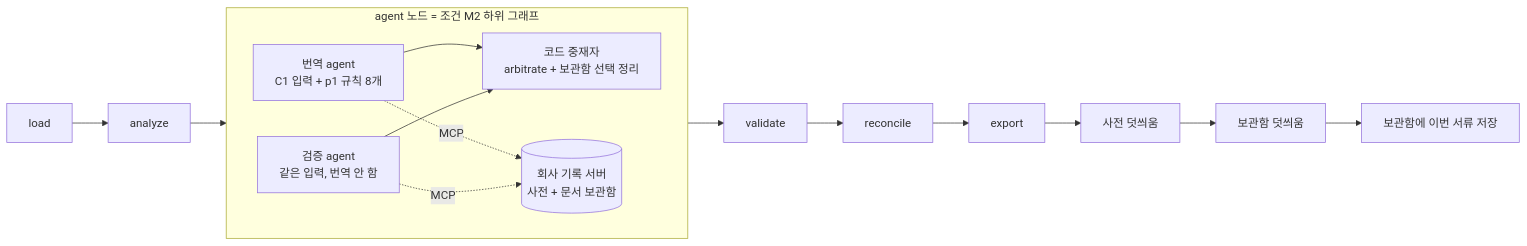
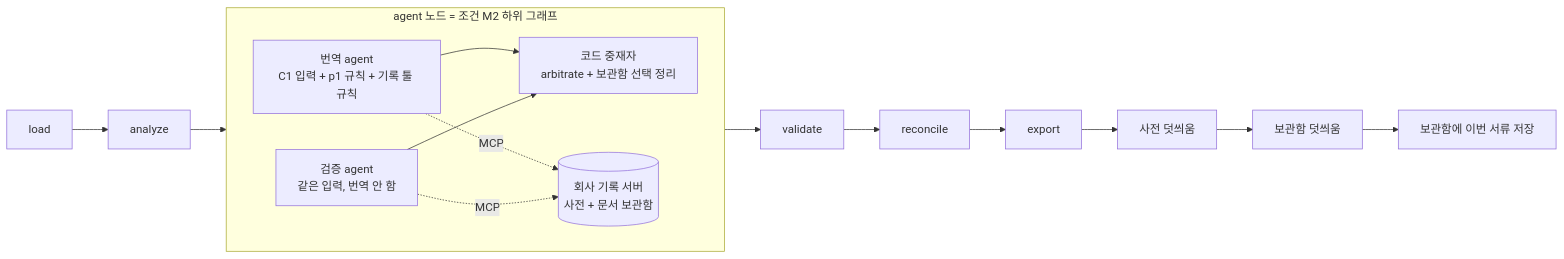
Before and after one commit to dainkil/tashkeel-check: the second of 2 diagrams in docs/architecture.md, drawn with Mermaid. The commit also changed other lines of this file and 3 other files, not shown here.

````diff
--- a/docs/architecture.md
+++ b/docs/architecture.md
@@ -151,12 +52,12 @@
 ```mermaid
 flowchart LR
     load --> analyze --> agent
     subgraph agent[agent 노드 = 조건 M2 하위 그래프]
       direction LR
-      T[번역 agent<br/>C1 입력 + p1 규칙 8개] --> A[코드 중재자<br/>arbitrate + 보관함 선택 정리]
+      T[번역 agent<br/>C1 입력 + p1 규칙 + 기록 툴 규칙] --> A[코드 중재자<br/>arbitrate + 보관함 선택 정리]
       V[검증 agent<br/>같은 입력, 번역 안 함] --> A
       T -. MCP .-> R[(회사 기록 서버<br/>사전 + 문서 보관함)]
       V -. MCP .-> R
     end
     agent --> validate --> reconcile --> export --> D[사전 덧씌움] --> AR[보관함 덧씌움] --> IX[보관함에 이번 서류 저장]
 ```
````
